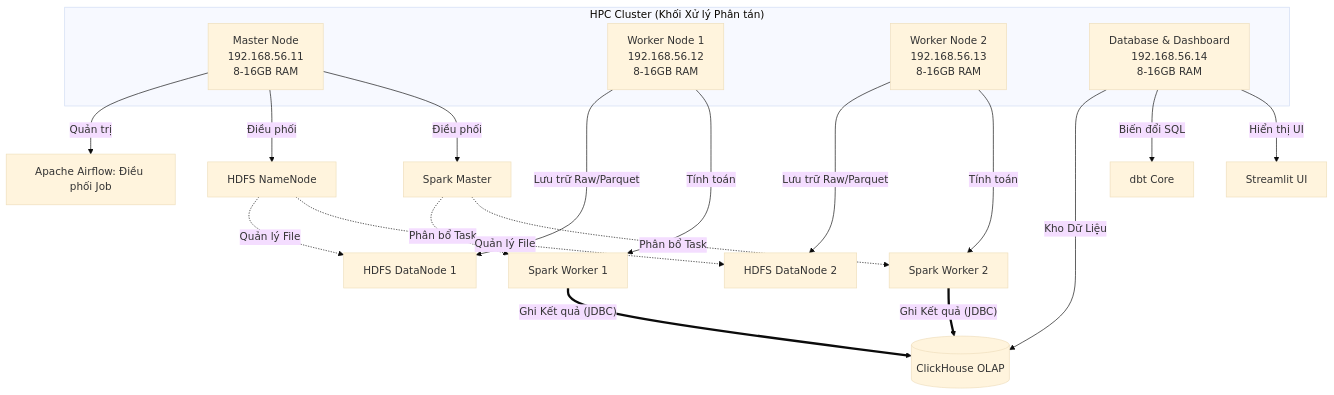
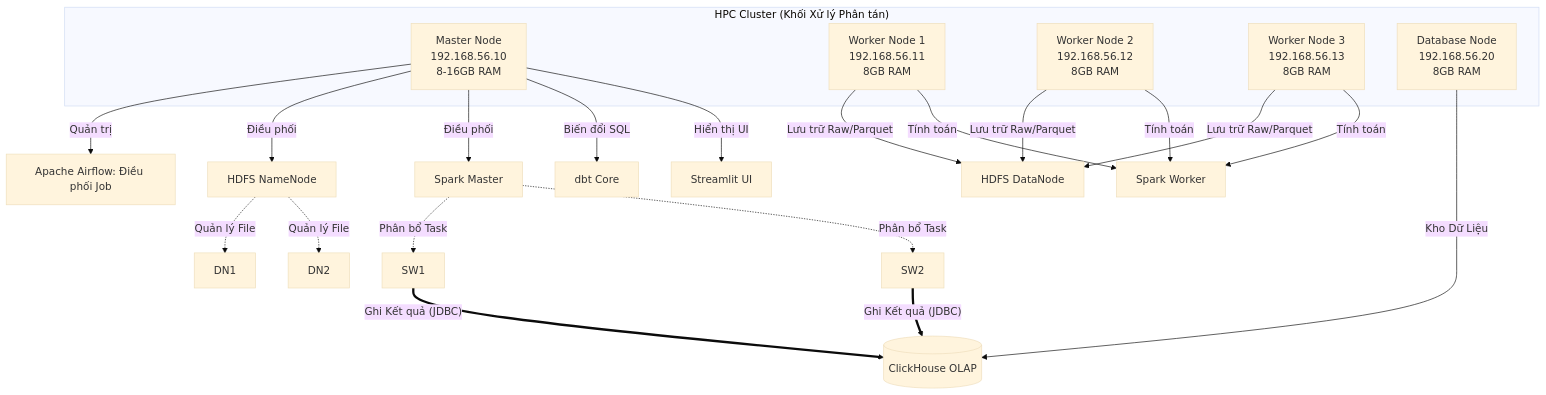
The first of 2 diagrams in docs/architecture_design.md (bi6-cat/Distributed-NLP-Trend-Analysis), drawn with Mermaid (base theme) before and after one commit. The commit also changed other lines of this file and 1 other file, not shown here.

Commit message:
docs(): update setup guide and architectủe design

````diff
--- a/docs/architecture_design.md
+++ b/docs/architecture_design.md
@@ -11,31 +11,29 @@
 ```mermaid
 graph TD
     subgraph "HPC Cluster (Khối Xử lý Phân tán)"
-        M[Master Node<br>192.168.56.11<br>8-16GB RAM]
-        W1[Worker Node 1<br>192.168.56.12<br>8-16GB RAM]
-        W2[Worker Node 2<br>192.168.56.13<br>8-16GB RAM]
-        S[Database & Dashboard<br>192.168.56.14<br>8-16GB RAM]
+        M[Master Node<br>192.168.56.10<br>8-16GB RAM]
+        W1[Worker Node 1<br>192.168.56.11<br>8GB RAM]
+        W2[Worker Node 2<br>192.168.56.12<br>8GB RAM]
+        W3[Worker Node 3<br>192.168.56.13<br>8GB RAM]
+        S[Database Node<br>192.168.56.20<br>8GB RAM]
     end
 
     %% Các thành phần con trong Master
     M -->|Quản trị| Airflow[Apache Airflow: Điều phối Job]
     M -->|Điều phối| NN[HDFS NameNode]
     M -->|Điều phối| SM[Spark Master]
+    M -->|Biến đổi SQL| DBT[dbt Core]
+    M -->|Hiển thị UI| GUI[Streamlit UI]
 
     %% Các thành phần con trong Worker
-    W1 -->|Lưu trữ Raw/Parquet| DN1[HDFS DataNode 1]
-    W1 -->|Tính toán| SW1[Spark Worker 1]
-
-    W2 -->|Lưu trữ Raw/Parquet| DN2[HDFS DataNode 2]
-    W2 -->|Tính toán| SW2[Spark Worker 2]
+    W1 & W2 & W3 -->|Lưu trữ Raw/Parquet| DN[HDFS DataNode]
+    W1 & W2 & W3 -->|Tính toán| SW[Spark Worker]
 
     %% Các thành phần con trong Storage
     S -->|Kho Dữ Liệu| CH[(ClickHouse OLAP)]
-    S -->|Biến đổi SQL| DBT[dbt Core]
-    S -->|Hiển thị UI| GUI[Streamlit UI]
 
     %% Network links
     SM -. Phân bổ Task .-> SW1 & SW2
     NN -. Quản lý File .-> DN1 & DN2
     SW1 & SW2 == "Ghi Kết quả (JDBC)" ==> CH
 ```
````
